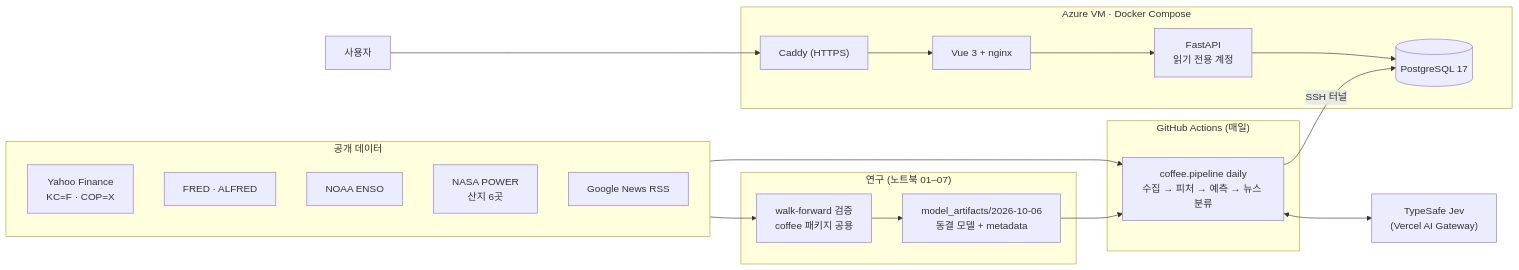
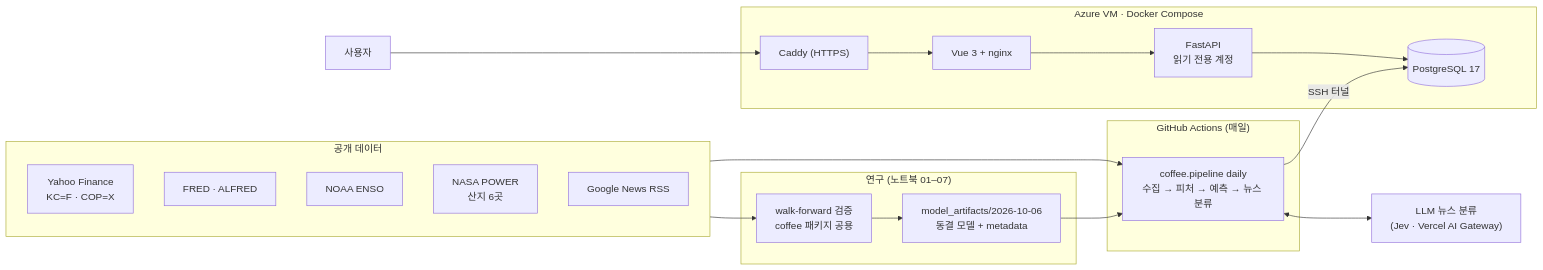
The diagram in README.md (sjinie/Coffee_Price_Prediction), drawn with Mermaid before and after one commit. The commit also changed other lines of this file, not shown here.

````diff
--- a/README.md
+++ b/README.md
@@ -40,29 +83,29 @@
 ```mermaid
 flowchart LR
   subgraph src["공개 데이터"]
     Y["Yahoo Finance<br/>KC=F · COP=X"]
     F["FRED · ALFRED"]
     E["NOAA ENSO"]
     W["NASA POWER<br/>산지 6곳"]
     G["Google News RSS"]
   end
   subgraph lab["연구 (노트북 01–07)"]
     NB["walk-forward 검증<br/>coffee 패키지 공용"]
     ART["model_artifacts/2026-10-06<br/>동결 모델 + metadata"]
   end
   subgraph gha["GitHub Actions (매일)"]
     P["coffee.pipeline daily<br/>수집 → 피처 → 예측 → 뉴스 분류"]
   end
-  J["TypeSafe Jev<br/>(Vercel AI Gateway)"]
+  J["LLM 뉴스 분류<br/>(Jev · Vercel AI Gateway)"]
   subgraph vm["Azure VM · Docker Compose"]
     DB[("PostgreSQL 17")]
     API["FastAPI<br/>읽기 전용 계정"]
     WEB["Vue 3 + nginx"]
     C["Caddy (HTTPS)"]
   end
   src --> NB --> ART --> P
   src --> P
   P <--> J
   P -- "SSH 터널" --> DB
   U["사용자"] --> C --> WEB --> API --> DB
 ```
````
